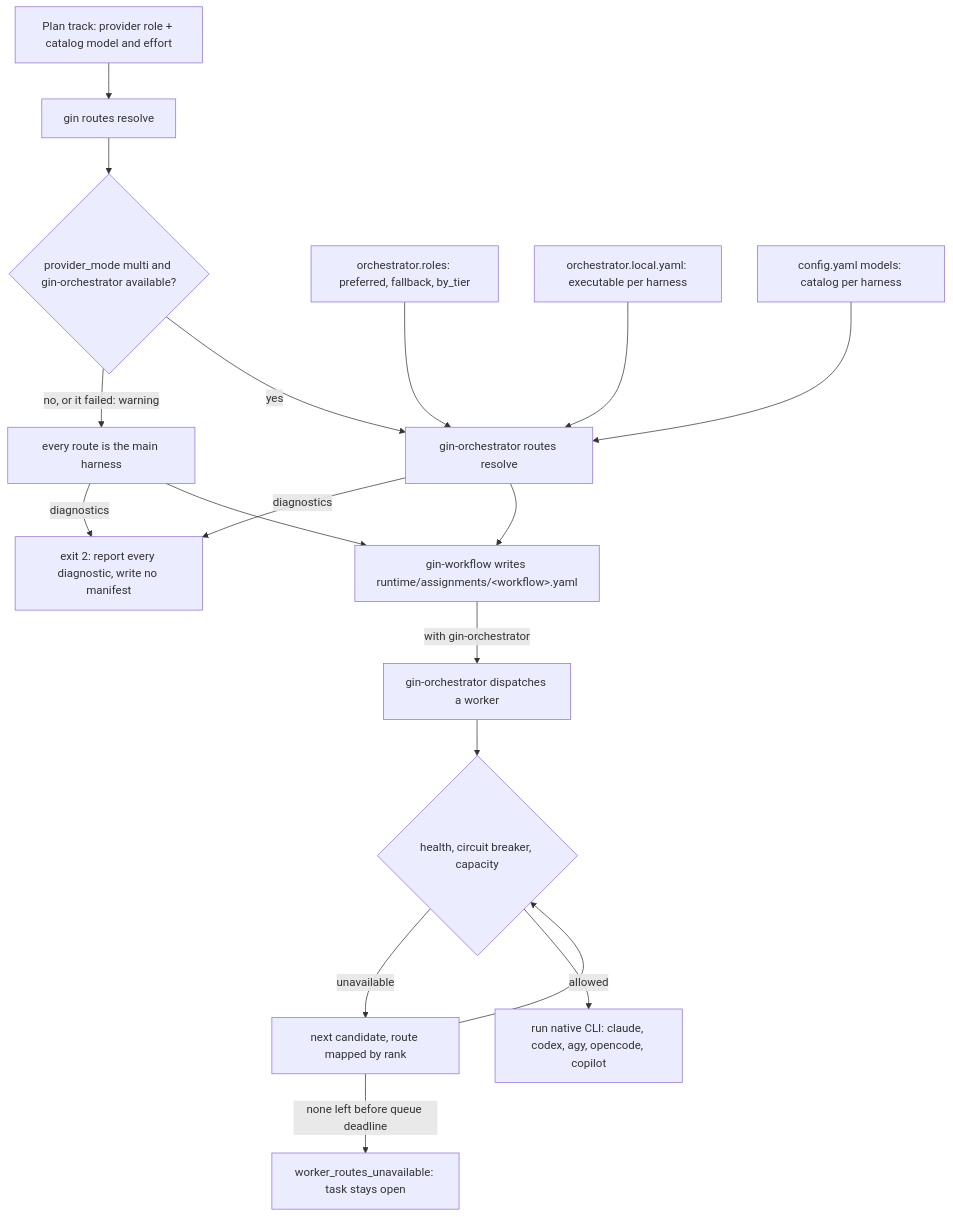
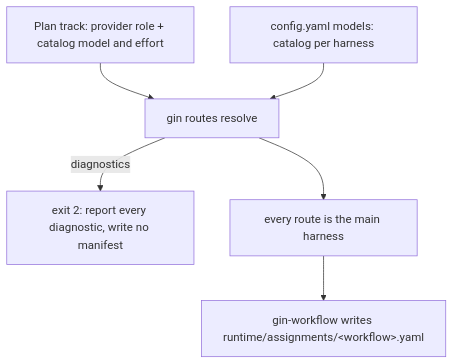
One commit to giangdhwhtbr/gin-workflow changed the fourth of 6 diagrams in docs/concepts/architecture.md. Above: the diagram before and after it, drawn with Mermaid. The commit also changed other lines of this file and 31 other files, not shown here.

Commit message:
docs: gin runs in one harness; remove the orchestrator pages; 3.3.0 changelog and upgrade notes (retire-orchestrator)

````diff
--- a/docs/concepts/architecture.md
+++ b/docs/concepts/architecture.md
@@ -130,20 +124,8 @@
 ```mermaid
 flowchart TD
     T[Plan track: provider role + catalog model and effort] --> F[gin routes resolve]
-    F --> Q{provider_mode multi and gin-orchestrator available?}
-    Q -->|no, or it failed: warning| MH[every route is the main harness]
-    Q -->|yes| OR[gin-orchestrator routes resolve]
-    C1[orchestrator.roles: preferred, fallback, by_tier] --> OR
-    C2[orchestrator.local.yaml: executable per harness] --> OR
-    C3[config.yaml models: catalog per harness] --> OR
-    OR -->|diagnostics| X[exit 2: report every diagnostic, write no manifest]
-    MH -->|diagnostics| X
-    OR --> M[gin-workflow writes runtime/assignments/&lt;workflow&gt;.yaml]
-    MH --> M
-    M -->|with gin-orchestrator| D[gin-orchestrator dispatches a worker]
-    D --> H{health, circuit breaker, capacity}
-    H -->|unavailable| N[next candidate, route mapped by rank]
-    N --> H
-    H -->|allowed| RUN[run native CLI: claude, codex, agy, opencode, copilot]
-    N -->|none left before queue deadline| U[worker_routes_unavailable: task stays open]
+    C3[config.yaml models: catalog per harness] --> F
+    F -->|diagnostics| X[exit 2: report every diagnostic, write no manifest]
+    F --> MH[every route is the main harness]
+    MH --> M[gin-workflow writes runtime/assignments/&lt;workflow&gt;.yaml]
 ```
````
